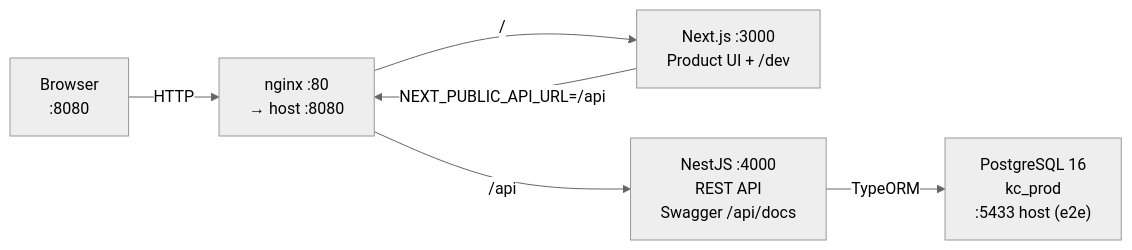
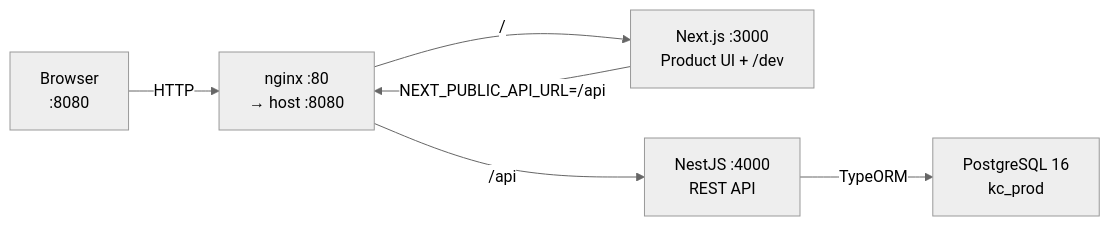
The second of 3 diagrams in docs/diagrams/system-architecture.md (KLJr-Dev/KC-Project), drawn with Mermaid (neutral theme) before and after one commit. The commit also changed other lines of this file and 34 other files, not shown here.

First line of the commit message:
docs: align architecture and roadmap with SoftDev v1.2.0 tip

````diff
--- a/docs/diagrams/system-architecture.md
+++ b/docs/diagrams/system-architecture.md
@@ -11,14 +36,14 @@
 ```mermaid
 flowchart LR
   Browser["Browser\n:8080"]
   Nginx["nginx :80\n→ host :8080"]
   Frontend["Next.js :3000\nProduct UI + /dev"]
-  Backend["NestJS :4000\nREST API\nSwagger /api/docs"]
-  PG["PostgreSQL 16\nkc_prod\n:5433 host (e2e)"]
+  Backend["NestJS :4000\nREST API"]
+  PG["PostgreSQL 16\nkc_prod"]
 
   Browser -->|"HTTP"| Nginx
   Nginx -->|"/"| Frontend
   Nginx -->|"/api"| Backend
   Frontend -->|"NEXT_PUBLIC_API_URL=/api"| Nginx
   Backend -->|"TypeORM"| PG
 ```
````
